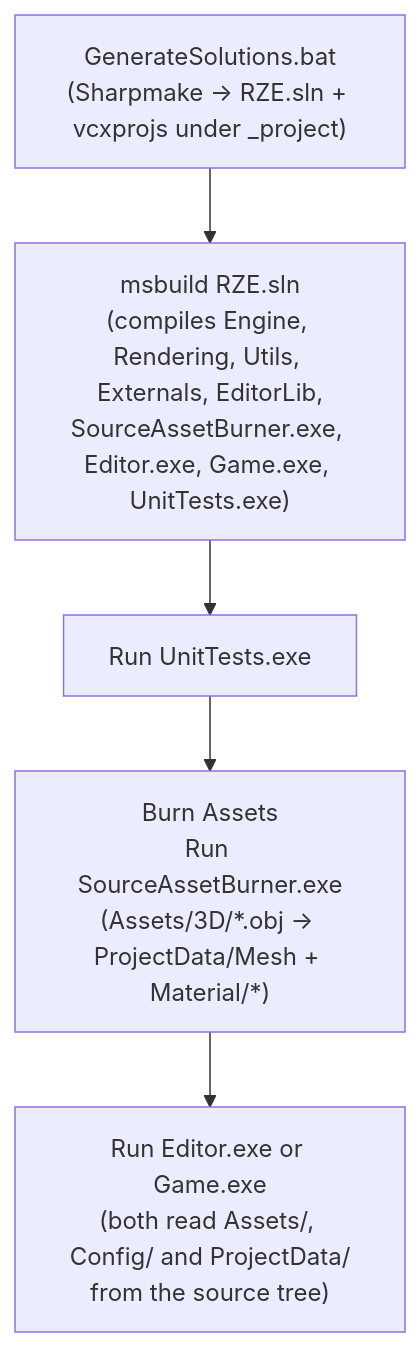
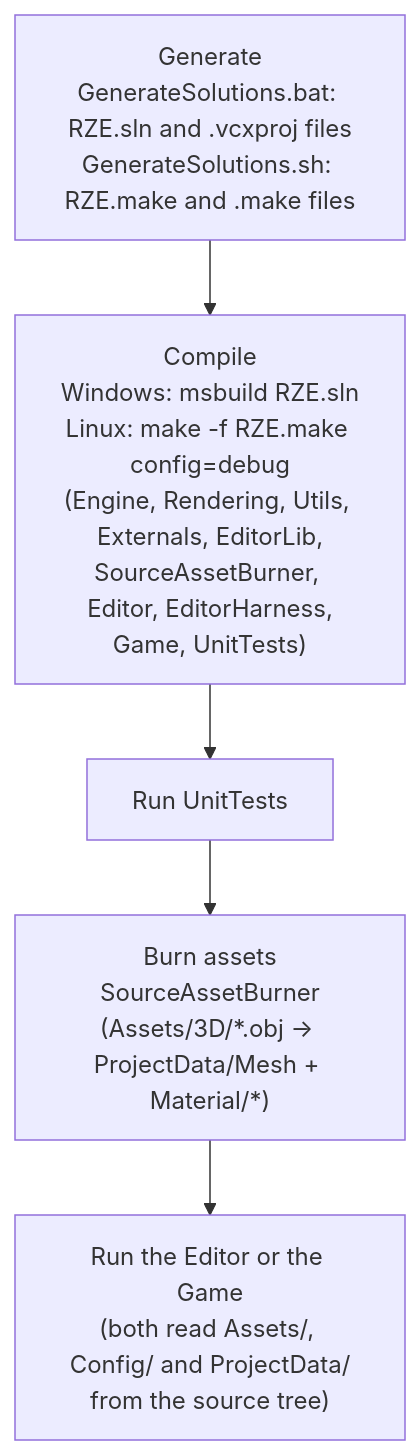
The diagram in Docs/Generated/Engine/01-GettingStarted/Building-And-Running.md (b1nary0/RZE), drawn with Mermaid before and after one commit. The commit also changed other lines of this file and 4 other files, not shown here.

First line of the commit message:
Document building and running RZE on Windows and Linux

````diff
--- a/Docs/Generated/Engine/01-GettingStarted/Building-And-Running.md
+++ b/Docs/Generated/Engine/01-GettingStarted/Building-And-Running.md
@@ -9,8 +20,8 @@
 ```mermaid
 %%{init: {'flowchart': {'subGraphTitleMargin': {'top': 6, 'bottom': 10}}, 'themeCSS': '.labelBkg, .edgeLabel { background-color: var(--background-primary) !important; } .messageText, .labelText, .loopText { paint-order: stroke; stroke: var(--background-primary); stroke-width: 5px; stroke-linejoin: round; }'}}%%
 flowchart TD
-    A["GenerateSolutions.bat<br/>(Sharpmake -> RZE.sln + vcxprojs under _project)"] --> B["msbuild RZE.sln<br/>(compiles Engine, Rendering, Utils, Externals, EditorLib,<br/>SourceAssetBurner.exe, Editor.exe, Game.exe, UnitTests.exe)"]
-    B --> T["Run UnitTests.exe"]
-    T --> C["Burn Assets<br/>Run SourceAssetBurner.exe<br/>(Assets/3D/*.obj -> ProjectData/Mesh + Material/*)"]
-    C --> E["Run Editor.exe or Game.exe<br/>(both read Assets/, Config/ and ProjectData/<br/>from the source tree)"]
+    A["Generate<br/>GenerateSolutions.bat: RZE.sln and .vcxproj files<br/>GenerateSolutions.sh: RZE.make and .make files"] --> B["Compile<br/>Windows: msbuild RZE.sln<br/>Linux: make -f RZE.make config=debug<br/>(Engine, Rendering, Utils, Externals, EditorLib,<br/>SourceAssetBurner, Editor, EditorHarness,<br/>Game, UnitTests)"]
+    B --> T["Run UnitTests"]
+    T --> C["Burn assets<br/>SourceAssetBurner<br/>(Assets/3D/*.obj -> ProjectData/Mesh + Material/*)"]
+    C --> E["Run the Editor or the Game<br/>(both read Assets/, Config/ and ProjectData/<br/>from the source tree)"]
 ```
````
